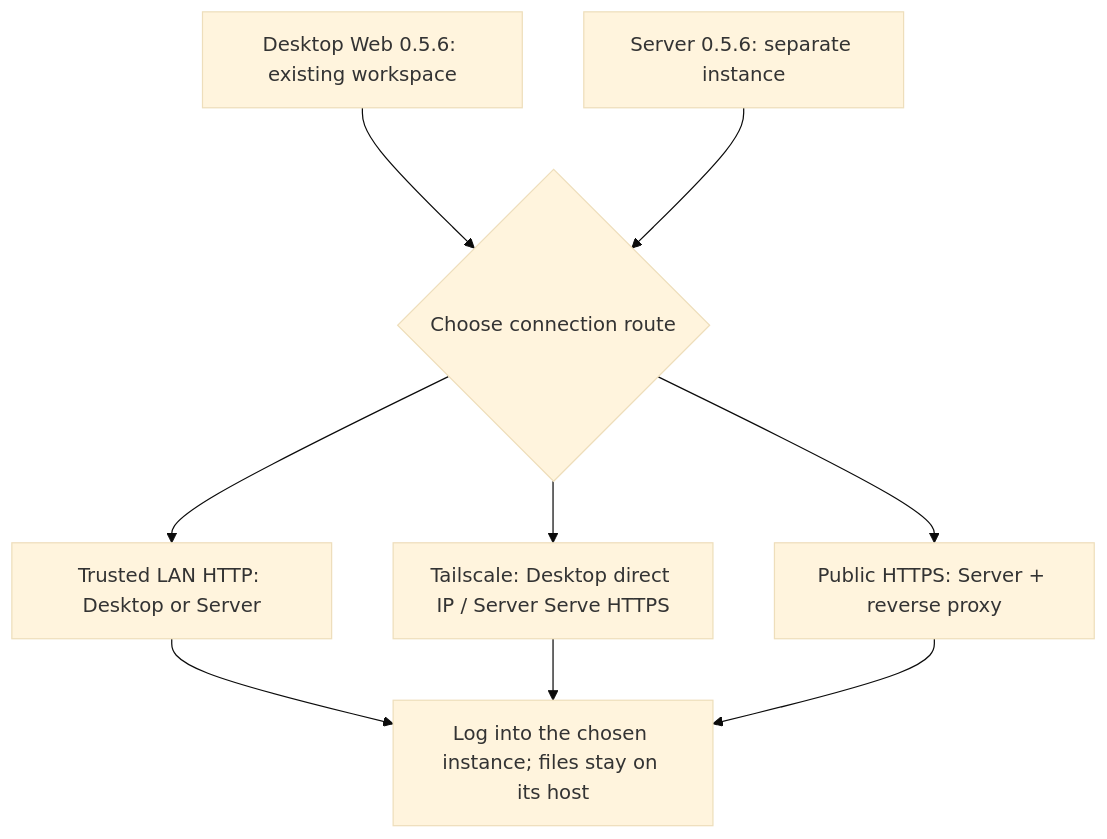
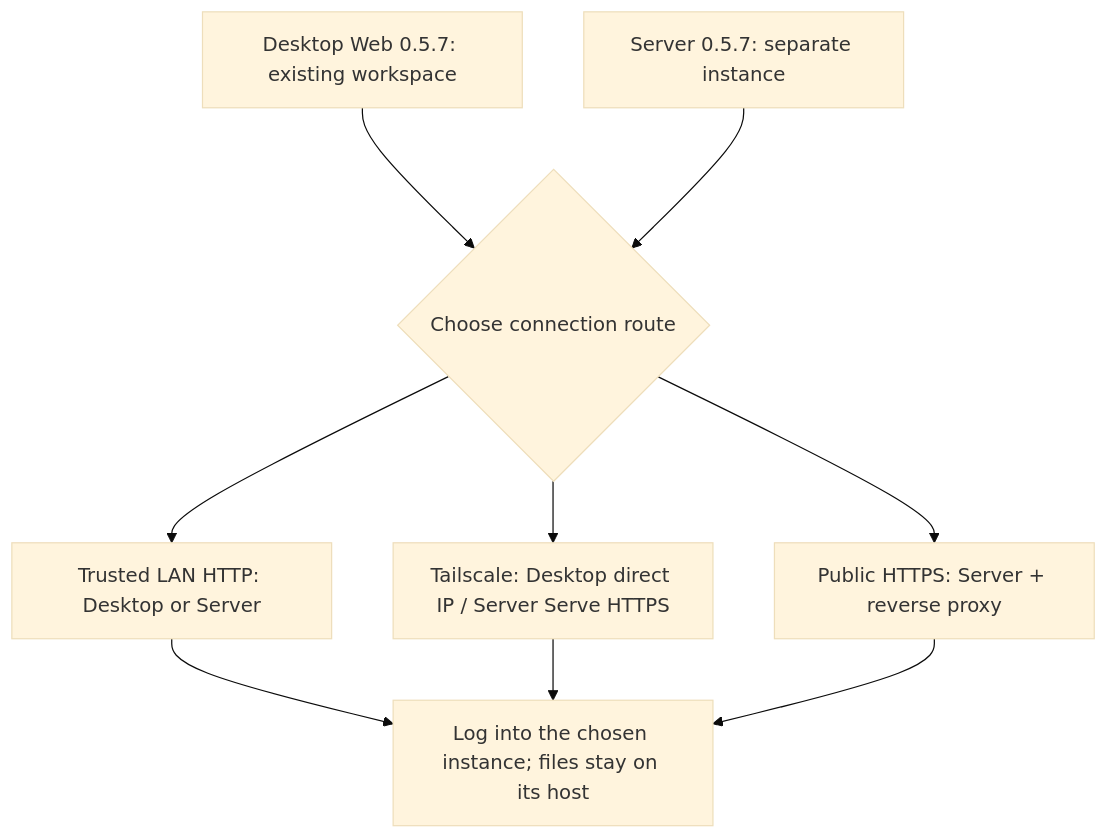
Before and after one commit to murray17/rovai-ai: the diagram in website/site/public/assets/diagrams/deployment-choice-en.mmd, drawn with Mermaid (base theme). The commit also changed 10 other files, not shown here.

```diff
--- a/website/site/public/assets/diagrams/deployment-choice-en.mmd
+++ b/website/site/public/assets/diagrams/deployment-choice-en.mmd
@@ -1,12 +1,12 @@
 flowchart TB
-  desktop["Desktop Web 0.5.6: existing workspace"]
-  server["Server 0.5.6: separate instance"]
+  desktop["Desktop Web 0.5.7: existing workspace"]
+  server["Server 0.5.7: separate instance"]
   choice{"Choose connection route"}
   desktop --> choice
   server --> choice
   choice --> lan["Trusted LAN HTTP: Desktop or Server"]
   choice --> ts["Tailscale: Desktop direct IP / Server Serve HTTPS"]
   choice --> public["Public HTTPS: Server + reverse proxy"]
   lan --> login["Log into the chosen instance; files stay on its host"]
   ts --> login
   public --> login
```
